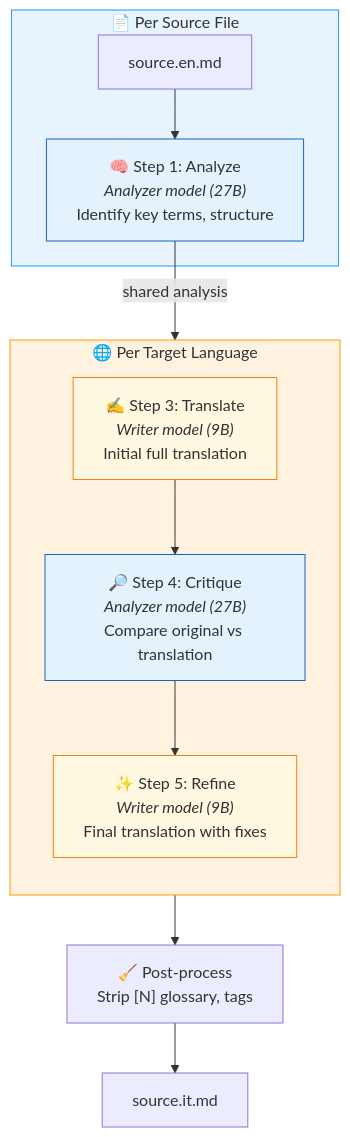
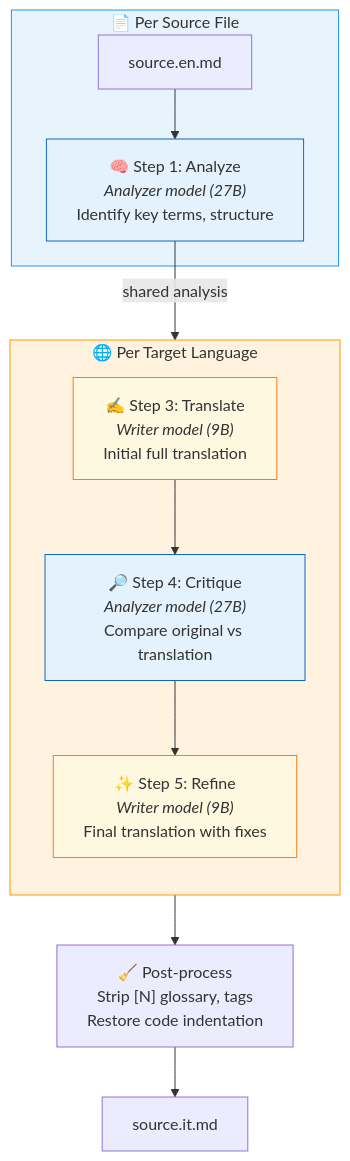
One commit to Librefolio/LibreFolio changed the first of 4 diagrams in mkdocs_src/docs/developer/docs/translation-pipeline.md. Above: the diagram before and after it, drawn with Mermaid. The commit also changed other lines of this file and 5 other files, not shown here.

First line of the commit message:
fix(aphra): keep code indentation in translations

````diff
--- a/mkdocs_src/docs/developer/docs/translation-pipeline.md
+++ b/mkdocs_src/docs/developer/docs/translation-pipeline.md
@@ -47,28 +49,28 @@
 ```mermaid
 flowchart TB
     subgraph per_file["📄 Per Source File"]
         source["source.en.md"]
         analyze["🧠 Step 1: Analyze<br/><i>Analyzer model (27B)</i><br/>Identify key terms, structure"]
         source --> analyze
     end
 
     subgraph per_lang["🌐 Per Target Language"]
         direction TB
         translate["✍️ Step 3: Translate<br/><i>Writer model (9B)</i><br/>Initial full translation"]
         critique["🔎 Step 4: Critique<br/><i>Analyzer model (27B)</i><br/>Compare original vs translation"]
         refine["✨ Step 5: Refine<br/><i>Writer model (9B)</i><br/>Final translation with fixes"]
         translate --> critique --> refine
     end
 
     analyze -->|"shared analysis"| per_lang
 
-    refine --> clean["🧹 Post-process<br/>Strip [N] glossary, tags"]
+    refine --> clean["🧹 Post-process<br/>Strip [N] glossary, tags<br/>Restore code indentation"]
     clean --> output["source.it.md"]
 
     style per_file fill:#e8f4fd,stroke:#2196f3
     style per_lang fill:#fff3e0,stroke:#ff9800
     style analyze fill:#e3f2fd,stroke:#1565c0
     style critique fill:#e3f2fd,stroke:#1565c0
     style translate fill:#fff8e1,stroke:#f57f17
     style refine fill:#fff8e1,stroke:#f57f17
 ```
````
